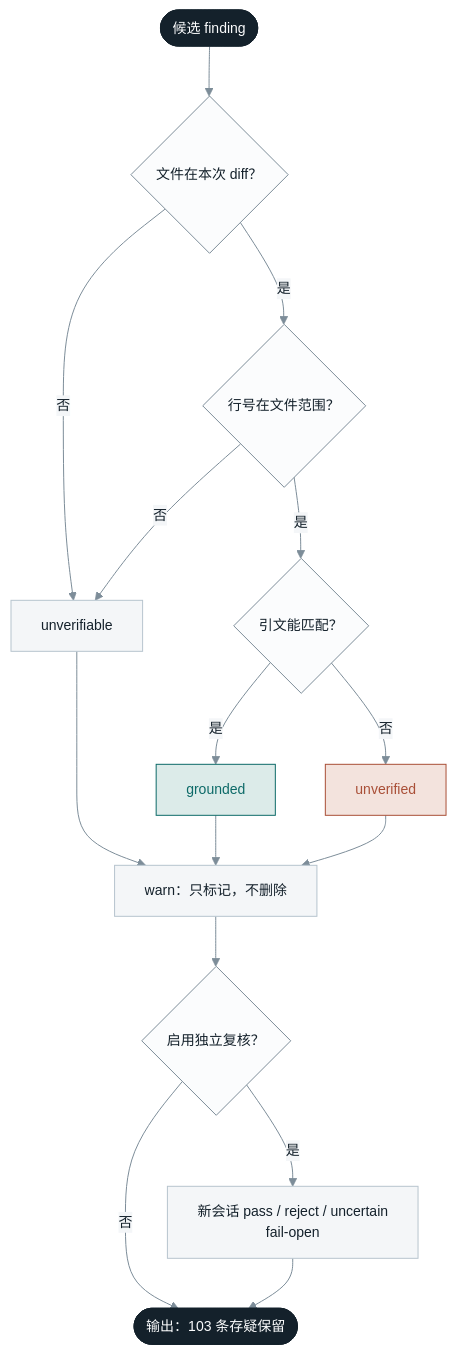
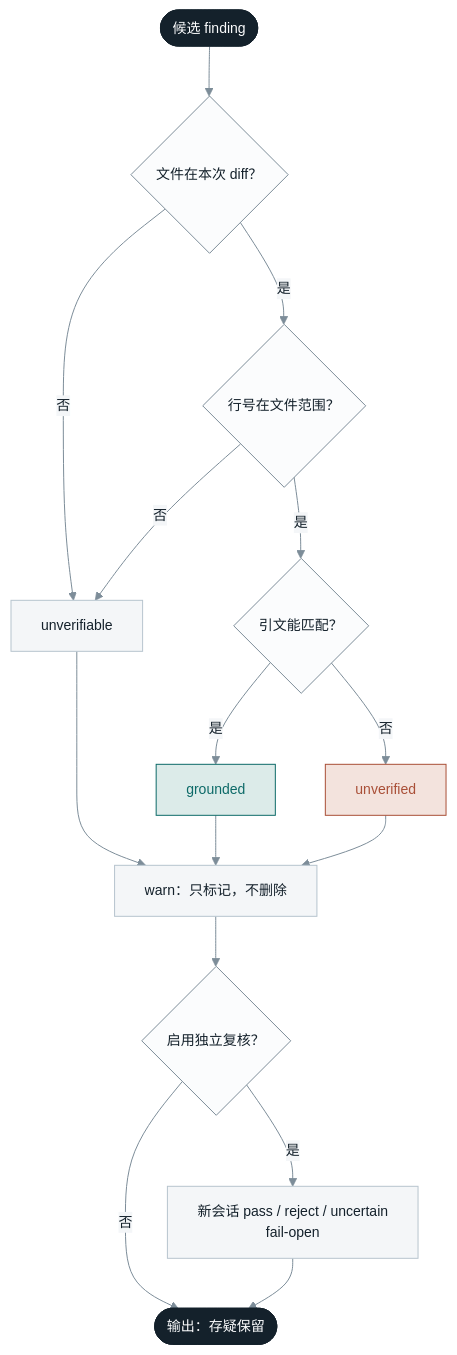
One commit to ffanwei/ReviewAgent-pi changed the diagram in .scratch/blog/diagrams/flow-2-evidence.mmd. Above: the diagram before and after it, drawn with Mermaid. The commit also changed 7 other files, not shown here.

First line of the commit message:
docs(blog): 证据图去掉 103 条具体数字

```diff
--- a/.scratch/blog/diagrams/flow-2-evidence.mmd
+++ b/.scratch/blog/diagrams/flow-2-evidence.mmd
@@ -1,27 +1,27 @@
 %%{init: {"theme":"base","themeVariables":{"primaryColor":"#DCEBE9","primaryTextColor":"#14212B","primaryBorderColor":"#0D6A68","lineColor":"#7D8D99","secondaryColor":"#F4F6F8","tertiaryColor":"#FBFCFD","fontFamily":"Noto Sans SC, Microsoft YaHei, sans-serif","fontSize":"14px"}}}%%
 flowchart TD
   A(["候选 finding"]) --> B{"文件在本次 diff？"}
   B -- "否" --> U["unverifiable"]
   B -- "是" --> C{"行号在文件范围？"}
   C -- "否" --> U
   C -- "是" --> D{"引文能匹配？"}
   D -- "是" --> G["grounded"]
   D -- "否" --> V["unverified"]
   G --> W["warn：只标记，不删除"]
   U --> W
   V --> W
   W --> X{"启用独立复核？"}
-  X -- "否" --> Z(["输出：103 条存疑保留"])
+  X -- "否" --> Z(["输出：存疑保留"])
   X -- "是" --> Y["新会话 pass / reject / uncertain<br/>fail-open"]
   Y --> Z
 
   classDef process fill:#F4F6F8,stroke:#B7C4CE,color:#14212B;
   classDef decision fill:#FBFCFD,stroke:#7D8D99,color:#14212B;
   classDef key fill:#DCEBE9,stroke:#0D6A68,color:#0D6A68;
   classDef bad fill:#F3E3DD,stroke:#A94F37,color:#A94F37;
   classDef terminal fill:#14212B,stroke:#14212B,color:#FBFCFD;
   class A,Z terminal;
   class B,C,D,X decision;
   class G,U,V,W,Y process;
   class V bad;
   class G key;
```
